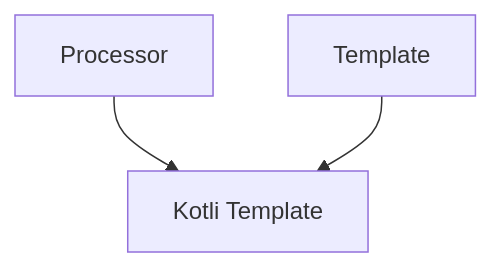
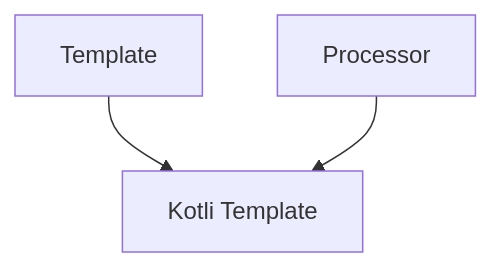
One commit to realAleksha/kotli changed the diagram in docs/engine/template.md. Above: the diagram before and after it, drawn with Mermaid. The commit also changed other lines of this file, not shown here.

````diff
--- a/docs/engine/template.md
+++ b/docs/engine/template.md
@@ -8,9 +10,9 @@
 ```mermaid
 graph TD
    P[Processor]
    T[Template]
    KT[Kotli Template]
    
+   T --> KT
    P --> KT
-   T --> KT
 ```
````
